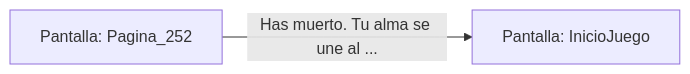
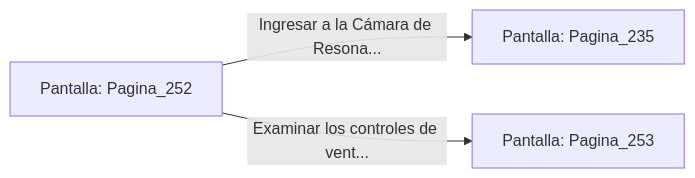
The diagram in sample/eligejuego-vault/Pantalla_Pagina_252.md (metsuke/mpl), drawn with Mermaid before and after one commit. The commit also changed other lines of this file and 635 other files, not shown here.

First line of the commit message:
fix: añadir Pagina_1 como pantalla inicial en capitulo_01.mpl

````diff
--- a/sample/eligejuego-vault/Pantalla_Pagina_252.md
+++ b/sample/eligejuego-vault/Pantalla_Pagina_252.md
@@ -17,5 +22,6 @@
 ```mermaid
 graph LR
     P_Pagina_252["Pantalla: Pagina_252"]
-    P_Pagina_252 -->|"Has muerto. Tu alma se une al ..."| P_InicioJuego["Pantalla: InicioJuego"]
+    P_Pagina_252 -->|"Ingresar a la Cámara de Resona..."| P_Pagina_235["Pantalla: Pagina_235"]
+    P_Pagina_252 -->|"Examinar los controles de vent..."| P_Pagina_253["Pantalla: Pagina_253"]
 ```
````
